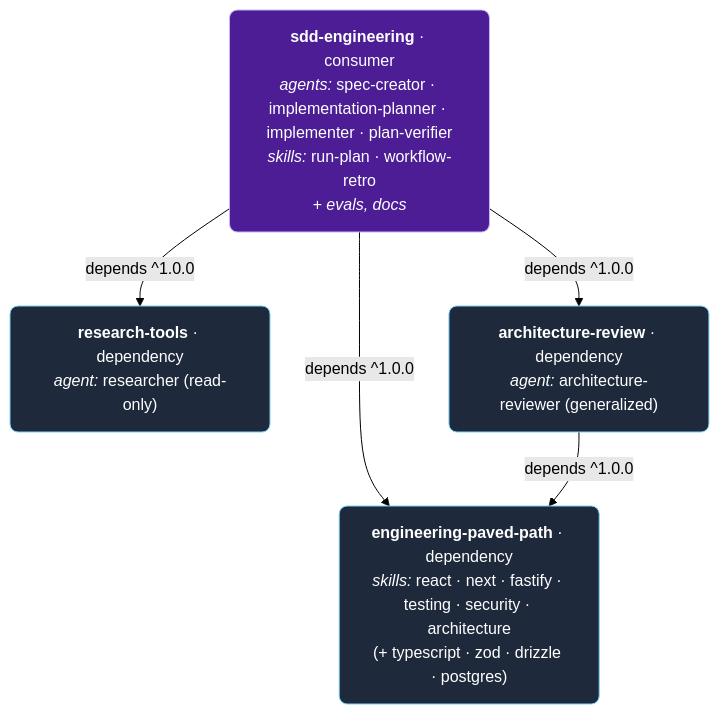
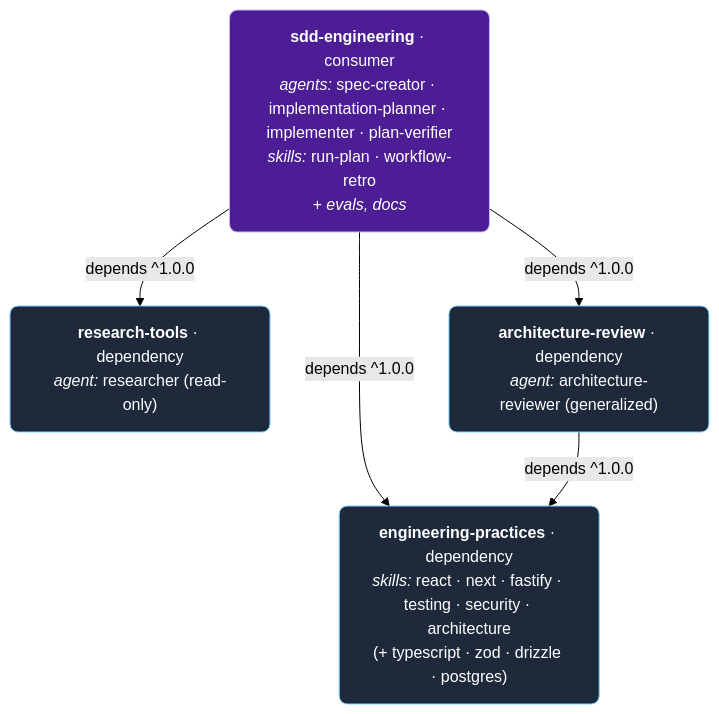
The first of 2 diagrams in docs/DEPENDENCY-GRAPH.md (ai-agentic-engineering-neo/dev-digest-ai-marketplace), drawn with Mermaid (forest theme) before and after one commit. The commit also changed other lines of this file and 158 other files, not shown here.

First line of the commit message:
refactor!: rename engineering-paved-path to engineering-practices

````diff
--- a/docs/DEPENDENCY-GRAPH.md
+++ b/docs/DEPENDENCY-GRAPH.md
@@ -9,16 +9,16 @@
 ```mermaid
 graph TD
   classDef consumer fill:#4c1d95,stroke:#c4b5fd,color:#fff,rx:8,ry:8;
   classDef dep fill:#1e293b,stroke:#7dd3fc,color:#fff,rx:8,ry:8;
 
   SDD["<b>sdd-engineering</b> · consumer<br/><i>agents:</i> spec-creator · implementation-planner · implementer · plan-verifier<br/><i>skills:</i> run-plan · workflow-retro<br/><i>+ evals, docs</i>"]:::consumer
 
-  EPP["<b>engineering-paved-path</b> · dependency<br/><i>skills:</i> react · next · fastify · testing · security · architecture<br/>(+ typescript · zod · drizzle · postgres)"]:::dep
+  EPP["<b>engineering-practices</b> · dependency<br/><i>skills:</i> react · next · fastify · testing · security · architecture<br/>(+ typescript · zod · drizzle · postgres)"]:::dep
   RT["<b>research-tools</b> · dependency<br/><i>agent:</i> researcher (read-only)"]:::dep
   AR["<b>architecture-review</b> · dependency<br/><i>agent:</i> architecture-reviewer (generalized)"]:::dep
 
   SDD -->|"depends ^1.0.0"| EPP
   SDD -->|"depends ^1.0.0"| RT
   SDD -->|"depends ^1.0.0"| AR
   AR  -->|"depends ^1.0.0"| EPP
 ```
````
